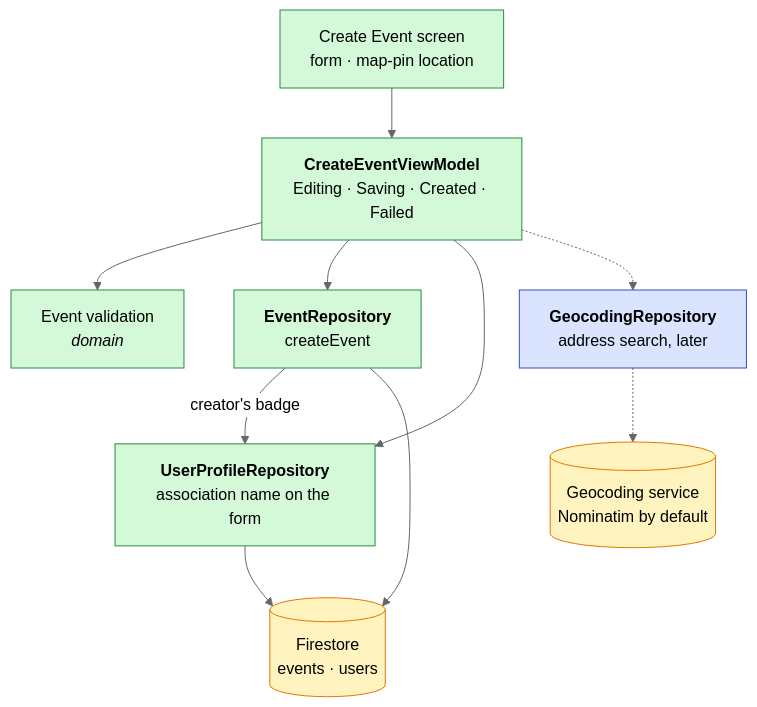
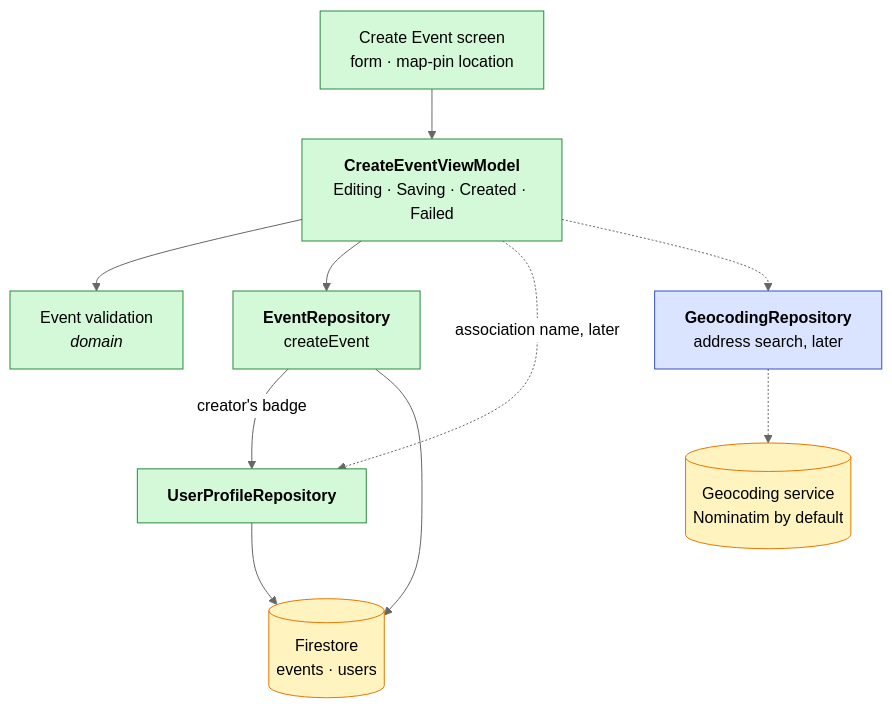
One commit to swent-polysocial/PolySocial changed the fifth of 11 diagrams in docs/Architecture-Diagram.md. Above: the diagram before and after it, drawn with Mermaid (neutral theme).

Commit message:
docs: mark the planned profile arrow as later
Refs #45

````diff
--- a/docs/Architecture-Diagram.md
+++ b/docs/Architecture-Diagram.md
@@ -153,16 +153,16 @@
 ```mermaid
 flowchart TB
   classDef s1 fill:#d3f9d8,stroke:#2b8a3e,color:#000
   classDef pb fill:#dbe4ff,stroke:#364fc7,color:#000
   classDef ext fill:#fff3bf,stroke:#e67700,color:#000
 
   createS["Create Event screen<br/>form · map-pin location"]:::s1 --> createVM["<b>CreateEventViewModel</b><br/>Editing · Saving · Created · Failed"]:::s1
   createVM --> valid["Event validation<br/><i>domain</i>"]:::s1
   createVM --> ev["<b>EventRepository</b><br/>createEvent"]:::s1
-  createVM --> prof["<b>UserProfileRepository</b><br/>association name on the form"]:::s1
+  createVM -. "association name, later" .-> prof["<b>UserProfileRepository</b>"]:::s1
   ev -- "creator's badge" --> prof
   createVM -.-> geo["<b>GeocodingRepository</b><br/>address search, later"]:::pb
   ev --> fs[("Firestore<br/>events · users")]:::ext
   prof --> fs
   geo -.-> nom[("Geocoding service<br/>Nominatim by default")]:::ext
 ```
````
